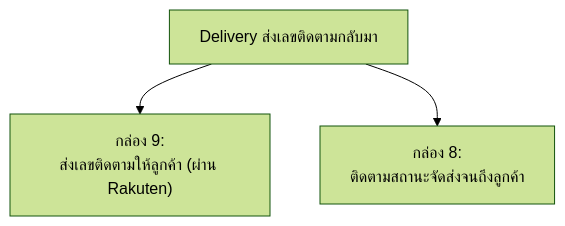
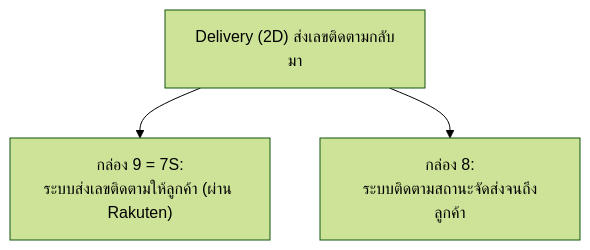
The fourth of 4 diagrams in 02-chapter2-business-process/00-how-to-fix-simple.md (xbpkdi/321-sa-proj), drawn with Mermaid (forest theme) before and after one commit. The commit also changed other lines of this file and 2 other files, not shown here.

First line of the commit message:
docs: redesign use case diagrams to follow sa-ref's actual example

````diff
--- a/02-chapter2-business-process/00-how-to-fix-simple.md
+++ b/02-chapter2-business-process/00-how-to-fix-simple.md
@@ -126,5 +140,5 @@
 ```mermaid
 graph TD
-  D["Delivery ส่งเลขติดตามกลับมา"] --> P9["กล่อง 9:<br/>ส่งเลขติดตามให้ลูกค้า (ผ่าน Rakuten)"]
-  D --> P8["กล่อง 8:<br/>ติดตามสถานะจัดส่งจนถึงลูกค้า"]
+  D2["Delivery (2D) ส่งเลขติดตามกลับมา"] --> P9["กล่อง 9 = 7S:<br/>ระบบส่งเลขติดตามให้ลูกค้า (ผ่าน Rakuten)"]
+  D2 --> P8["กล่อง 8:<br/>ระบบติดตามสถานะจัดส่งจนถึงลูกค้า"]
 ```
````
